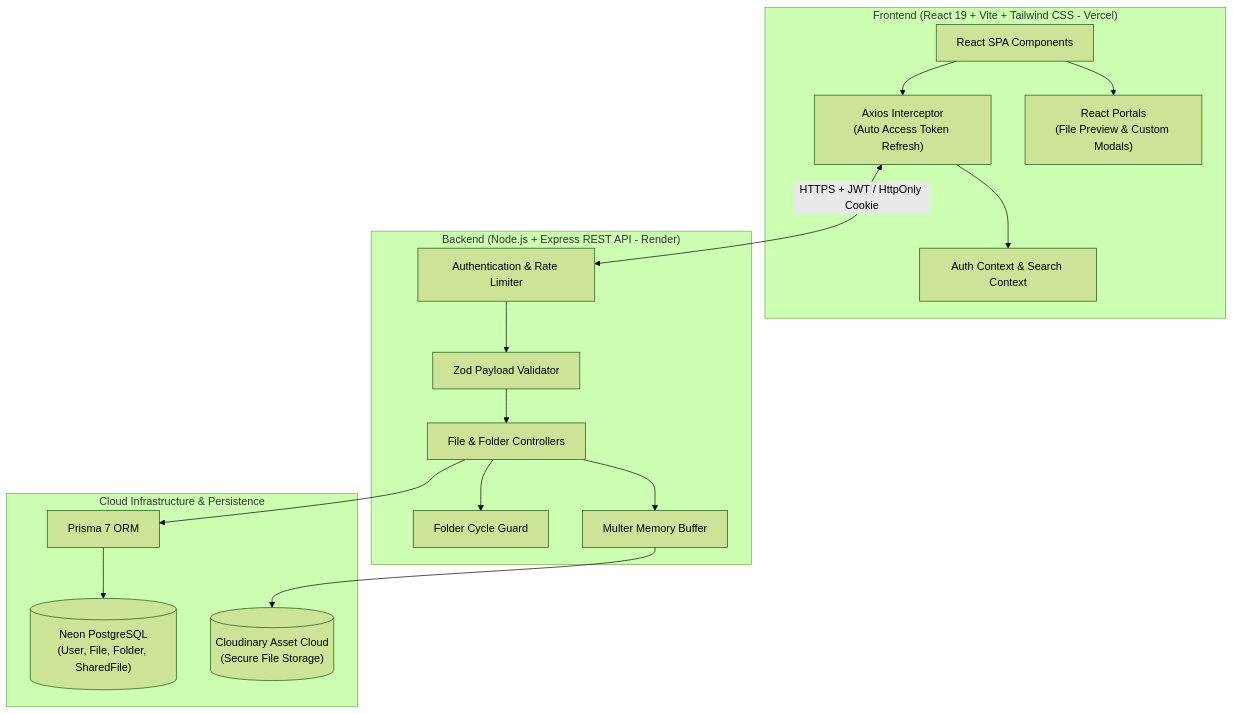
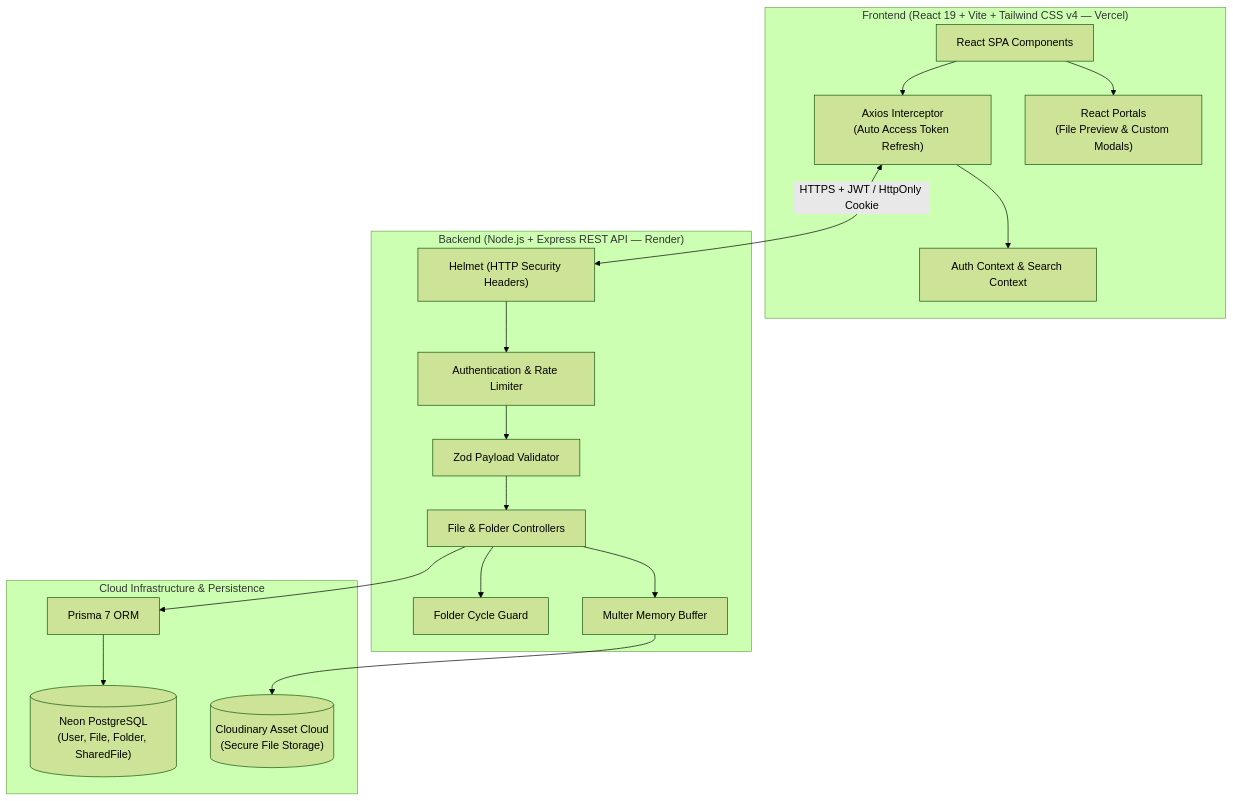
Before and after one commit to SahilSameer18/vaultDrive: the diagram in README.md, drawn with Mermaid (forest theme). The commit also changed other lines of this file and 4 other files, not shown here.

````diff
--- a/README.md
+++ b/README.md
@@ -24,37 +25,39 @@
 ```mermaid
 flowchart TD
-    subgraph Client ["Frontend (React 19 + Vite + Tailwind CSS - Vercel)"]
+    subgraph Client ["Frontend (React 19 + Vite + Tailwind CSS v4 — Vercel)"]
         UI["React SPA Components"]
         AXIOS["Axios Interceptor\n(Auto Access Token Refresh)"]
         STORE["Auth Context & Search Context"]
         PORTAL["React Portals\n(File Preview & Custom Modals)"]
         UI --> AXIOS
         AXIOS --> STORE
         UI --> PORTAL
     end
 
-    subgraph Server ["Backend (Node.js + Express REST API - Render)"]
+    subgraph Server ["Backend (Node.js + Express REST API — Render)"]
+        HELMET["Helmet (HTTP Security Headers)"]
         AUTH_MW["Authentication & Rate Limiter"]
         VALIDATOR["Zod Payload Validator"]
         CONTROLLER["File & Folder Controllers"]
         CYCLE_GUARD["Folder Cycle Guard"]
         MULTER["Multer Memory Buffer"]
 
+        HELMET --> AUTH_MW
         AUTH_MW --> VALIDATOR
         VALIDATOR --> CONTROLLER
         CONTROLLER --> CYCLE_GUARD
         CONTROLLER --> MULTER
     end
 
     subgraph Infrastructure ["Cloud Infrastructure & Persistence"]
         PRISMA["Prisma 7 ORM"]
         NEON[("Neon PostgreSQL\n(User, File, Folder, SharedFile)")]
         CLOUDINARY[("Cloudinary Asset Cloud\n(Secure File Storage)")]
 
         PRISMA --> NEON
         MULTER --> CLOUDINARY
         CONTROLLER --> PRISMA
     end
 
-    AXIOS <-->|HTTPS + JWT / HttpOnly Cookie| AUTH_MW
+    AXIOS <-->|HTTPS + JWT / HttpOnly Cookie| HELMET
 ```
````
